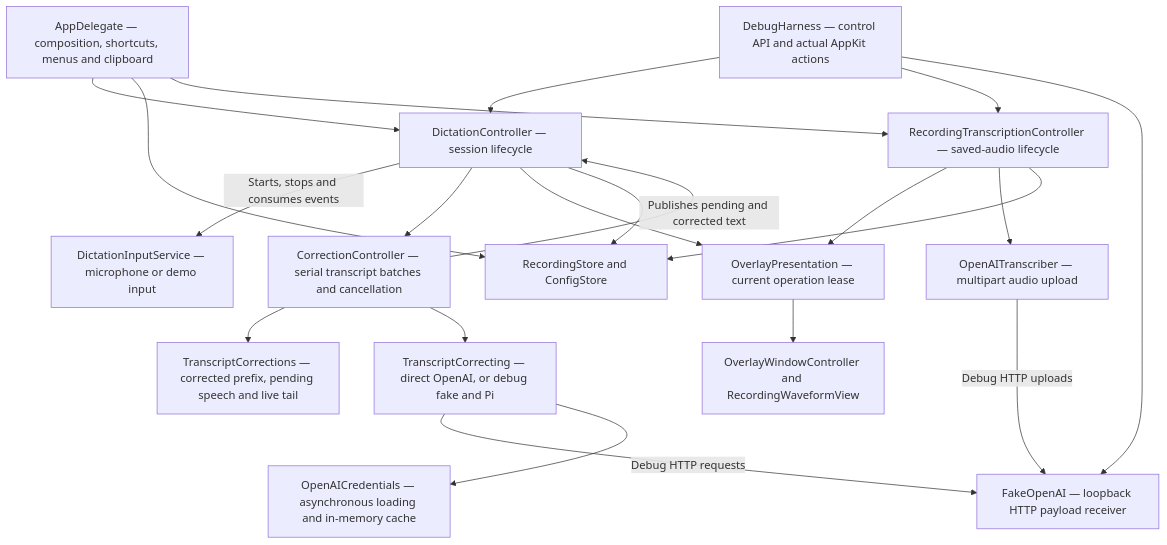
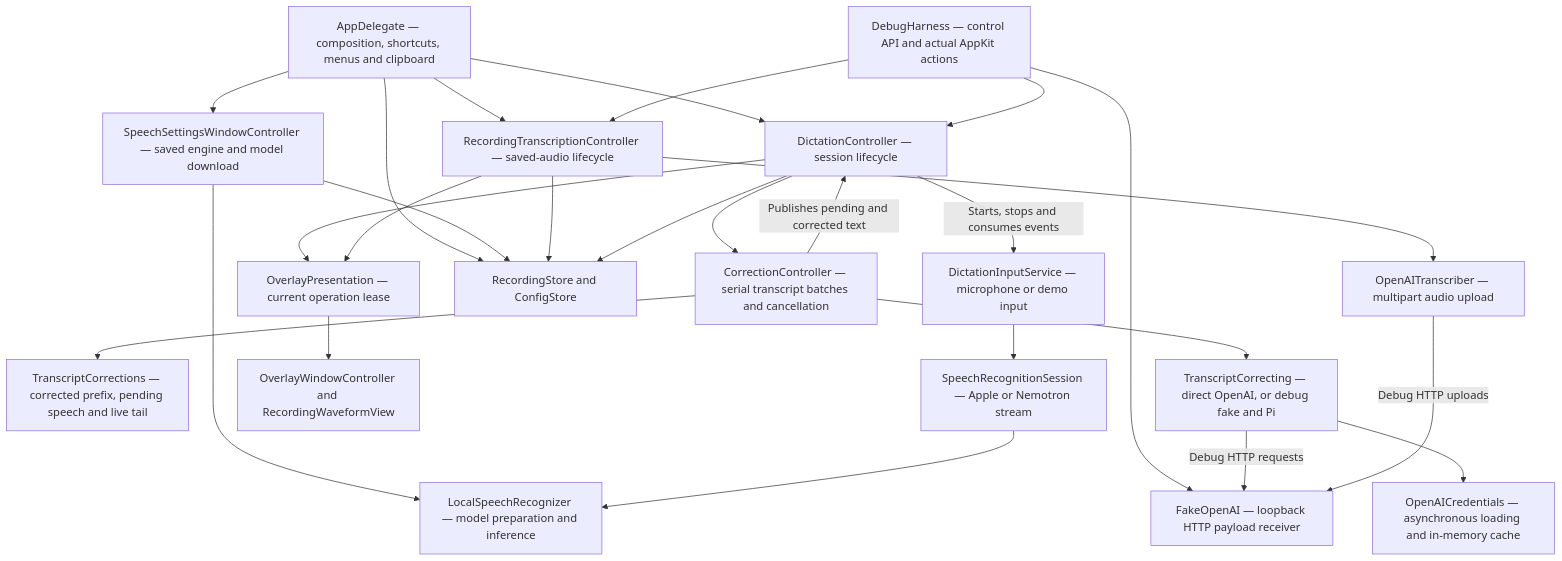
One commit to codethread/Chatty.app changed the third of 3 diagrams in docs/architecture.md. Above: the diagram before and after it, drawn with Mermaid. The commit also changed other lines of this file and 18 other files, not shown here.

First line of the commit message:
feat: add configurable local streaming speech recognition

````diff
--- a/docs/architecture.md
+++ b/docs/architecture.md
@@ -67,37 +68,45 @@
 ```mermaid
 flowchart TD
   entry["AppDelegate — composition, shortcuts, menus and clipboard"]
   core["DictationController — session lifecycle"]
   input["DictationInputService — microphone or demo input"]
   cleanup["CorrectionController — serial transcript batches and cancellation"]
   document["TranscriptCorrections — corrected prefix, pending speech and live tail"]
   provider["TranscriptCorrecting — direct OpenAI, or debug fake and Pi"]
   credentials["OpenAICredentials — asynchronous loading and in-memory cache"]
   overlay["OverlayWindowController and RecordingWaveformView"]
   storage["RecordingStore and ConfigStore"]
+  recognition["SpeechRecognitionSession — Apple or Nemotron stream"]
+  localmodel["LocalSpeechRecognizer — model preparation and inference"]
+  speechsettings["SpeechSettingsWindowController — saved engine and model download"]
   history["RecordingTranscriptionController — saved-audio lifecycle"]
   audioapi["OpenAITranscriber — multipart audio upload"]
   presentation["OverlayPresentation — current operation lease"]
   harness["DebugHarness — control API and actual AppKit actions"]
   fake["FakeOpenAI — loopback HTTP payload receiver"]
   entry --> core
   entry --> storage
   entry --> history
+  entry --> speechsettings
+  speechsettings --> storage
+  speechsettings --> localmodel
+  input --> recognition
+  recognition --> localmodel
   core -- "Starts, stops and consumes events" --> input
   core --> cleanup
   core --> presentation
   history --> presentation
   presentation --> overlay
   history --> audioapi
   history --> storage
   harness --> core
   harness --> history
   harness --> fake
   provider -- "Debug HTTP requests" --> fake
   audioapi -- "Debug HTTP uploads" --> fake
   core --> storage
   cleanup --> document
   cleanup --> provider
   provider --> credentials
   cleanup -- "Publishes pending and corrected text" --> core
 ```
````
